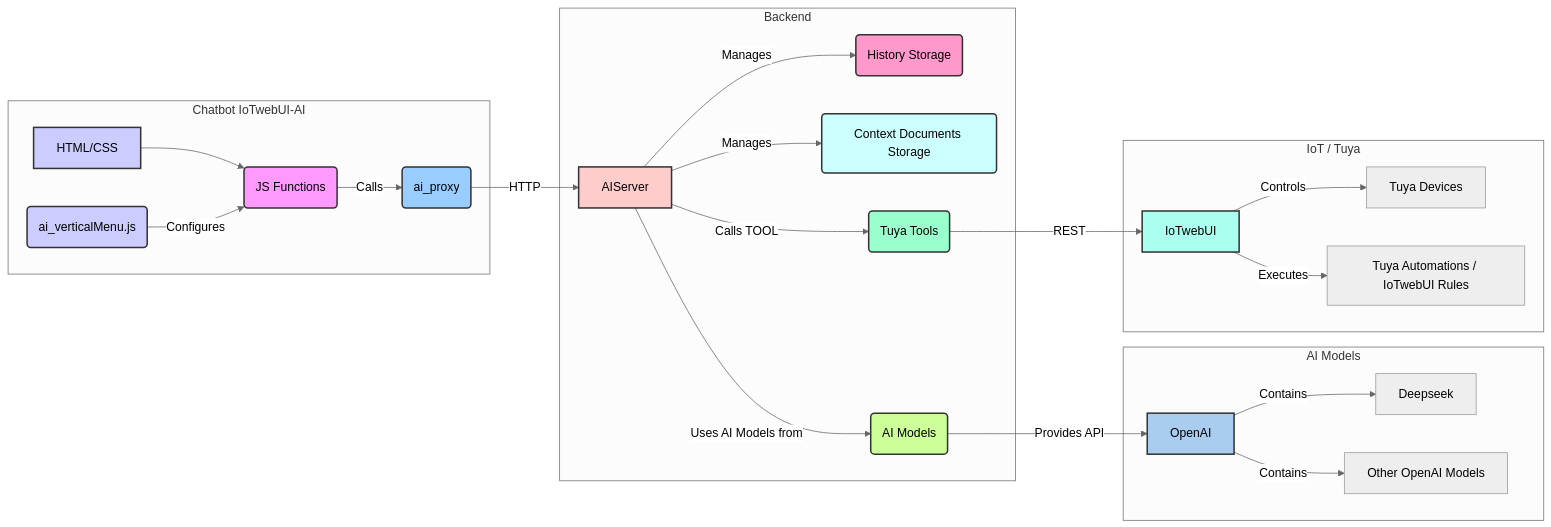
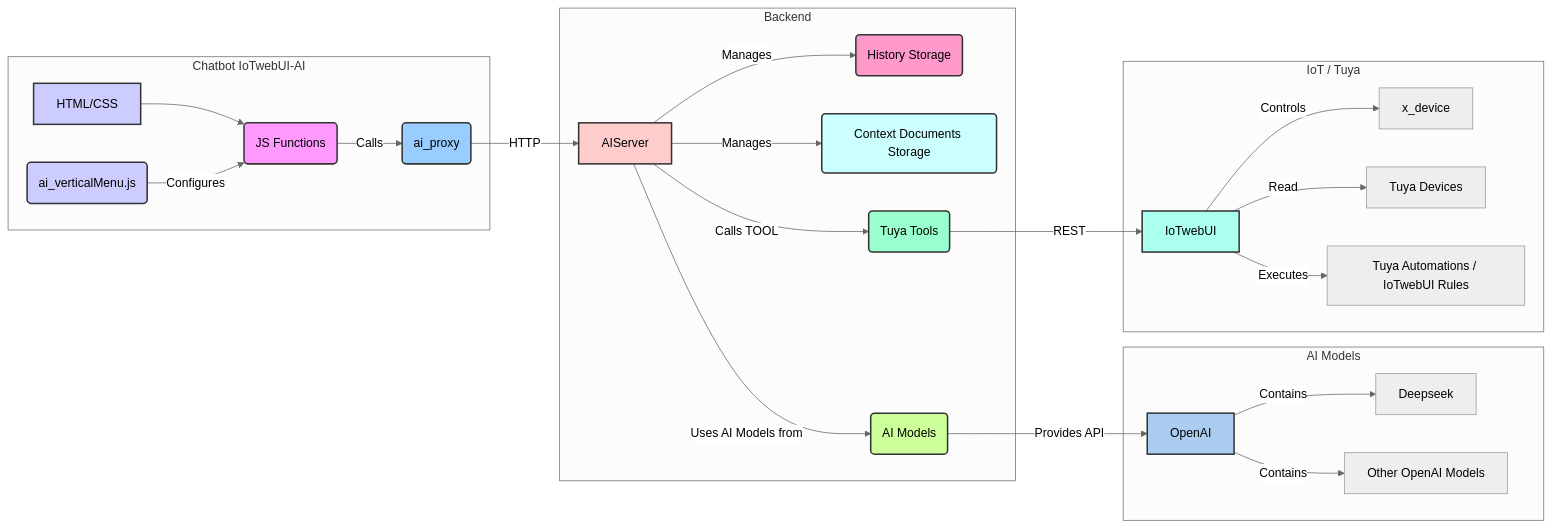
Before and after one commit to msillano/IoTwebUI: the diagram in IOTwebUI-AI/README.md, drawn with Mermaid.

````diff
--- a/IOTwebUI-AI/README.md
+++ b/IOTwebUI-AI/README.md
@@ -9,40 +9,41 @@
 ```mermaid
 %%{init: {'theme': 'neutral'}}%%
 graph LR
     subgraph Chatbot IoTwebUI-AI
         style UI fill:#ccf,stroke:#333,stroke-width:2px
         style UI_JS fill:#f9f,stroke:#333,stroke-width:2px
         style UI_Menu fill:#ccf,stroke:#333,stroke-width:2px
         UI[HTML/CSS] --> UI_JS(JS Functions);
         UI_Menu(ai_verticalMenu.js) -- Configures --> UI_JS;
         UI_JS -- Calls --> Proxy(ai_proxy);
     end
 
     subgraph Backend
         style Proxy fill:#9cf,stroke:#333,stroke-width:2px
         style AIServer fill:#fcc,stroke:#333,stroke-width:2px
         style HistoryDB fill:#f9c,stroke:#333,stroke-width:2px
         style ContextFiles fill:#cff,stroke:#333,stroke-width:2px
         Proxy -- HTTP --> AIServer;
         AIServer -- Uses AI Models from --> AIModels(AI Models);
         AIServer -- Manages --> HistoryDB(History Storage);
         AIServer -- Manages --> ContextFiles(Context Documents Storage);
         AIServer -- Calls TOOL  --> IoT(Tuya Tools);
     end
 
     subgraph AI Models
         style AIModels fill:#cf9,stroke:#333,stroke-width:2px
         style OpenAI fill:#ace,stroke:#333,stroke-width:2px
         AIModels -- Provides API --> OpenAI;
         OpenAI -- Contains --> Deepseek;
         OpenAI -- Contains --> GPTModels[Other OpenAI Models];
      end
 
     subgraph IoT / Tuya
         style IoT fill:#9fc,stroke:#333,stroke-width:2px
         style IoTwebUI fill:#afe,stroke:#333,stroke-width:2px
         IoT -- REST --> IoTwebUI;
-        IoTwebUI -- Controls --> TuyaDevices[Tuya Devices];
+        IoTwebUI -- Controls --> x_device;
+        IoTwebUI -- Read -->     TuyaDevices[Tuya Devices];
         IoTwebUI -- Executes --> TuyaAutomations[Tuya Automations / IoTwebUI Rules];
     end
 ```
````
